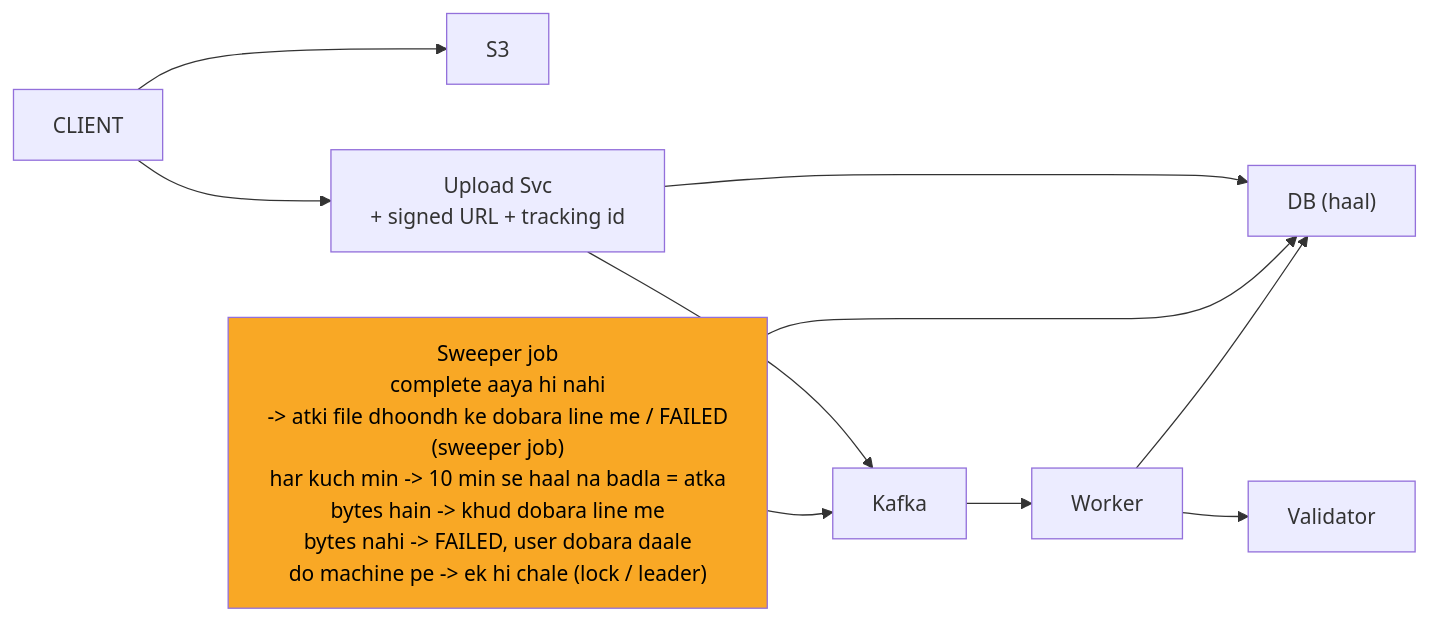
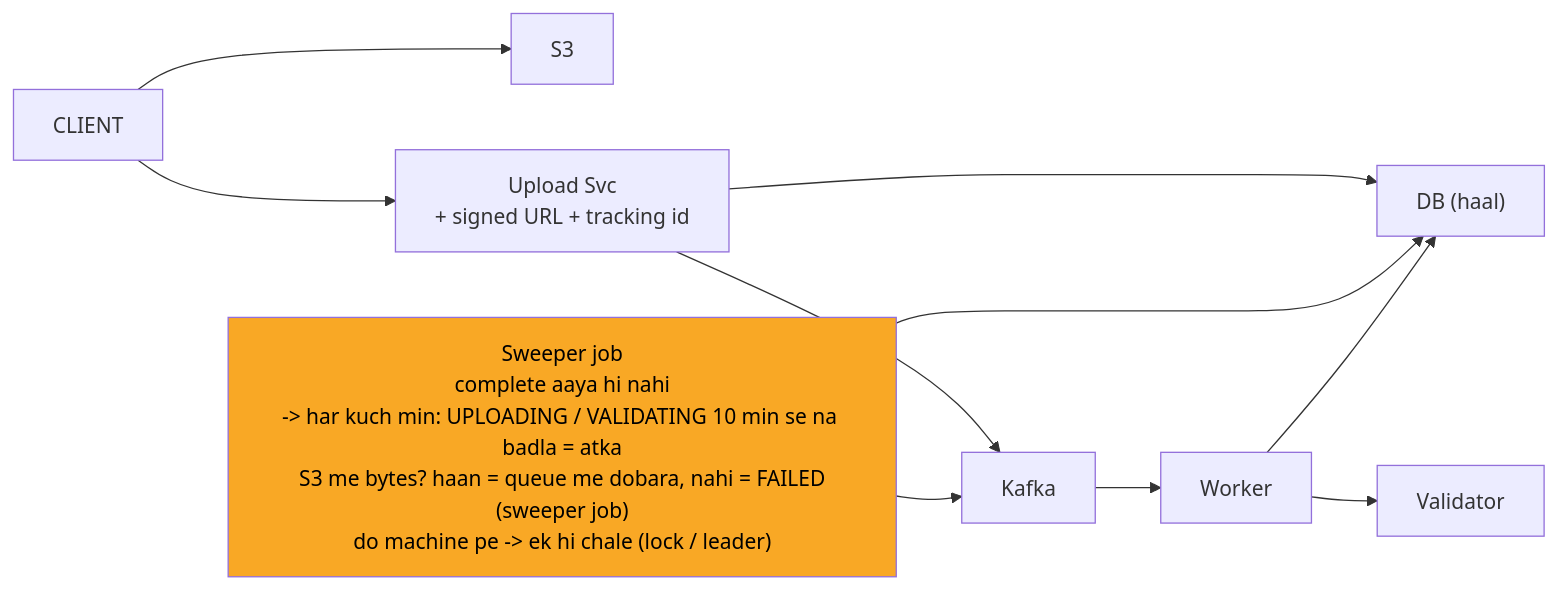
Before and after one commit to ArpanMaheshwari144/Prep: the fifth of 11 diagrams in 04_HLD/SYSTEM_DESIGNS/07_file_upload_validate_system/07_file_upload_INTERVIEW.md, drawn with Mermaid. The commit also changed other lines of this file and 13 other files, not shown here.

````diff
--- a/04_HLD/SYSTEM_DESIGNS/07_file_upload_validate_system/07_file_upload_INTERVIEW.md
+++ b/04_HLD/SYSTEM_DESIGNS/07_file_upload_validate_system/07_file_upload_INTERVIEW.md
@@ -216,22 +220,22 @@
 ```mermaid
 %%{init: {"flowchart": {"wrappingWidth": 450}}}%%
 flowchart LR
     n_CLIENT["CLIENT"]
     n_S3["S3"]
     n_Upload_Svc["Upload Svc<br/>+ signed URL + tracking id"]
     n_DB["DB (haal)"]
-    n_Sweeper_job["Sweeper job<br/>complete aaya hi nahi<br/>-> atki file dhoondh ke dobara line me / FAILED<br/>(sweeper job)<br/>har kuch min -> 10 min se haal na badla = atka<br/>bytes hain -> khud dobara line me<br/>bytes nahi -> FAILED, user dobara daale<br/>do machine pe -> ek hi chale (lock / leader)"]
+    n_Sweeper_job["Sweeper job<br/>complete aaya hi nahi<br/>-> har kuch min: UPLOADING / VALIDATING 10 min se na badla = atka<br/>S3 me bytes? haan = queue me dobara, nahi = FAILED<br/>(sweeper job)<br/>do machine pe -> ek hi chale (lock / leader)"]
     n_Kafka["Kafka"]
     n_Worker["Worker"]
     n_Validator["Validator"]
     n_CLIENT --> n_S3
     n_CLIENT --> n_Upload_Svc
     n_Upload_Svc --> n_DB
     n_Upload_Svc --> n_Kafka
     n_Sweeper_job --> n_DB
     n_Sweeper_job --> n_Kafka
     n_Kafka --> n_Worker
     n_Worker --> n_Validator
     n_Worker --> n_DB
     style n_Sweeper_job fill:#f9a825,color:#000
 ```
````
